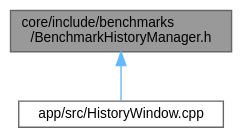
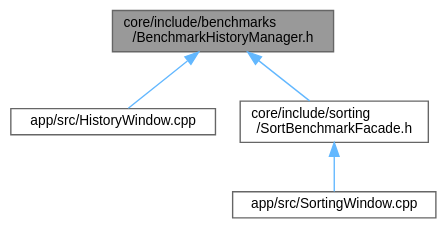
The diagram in BenchmarkHistoryManager_8h__dep__incl.dot (wwerniss/algorithms-benchmark), drawn with Graphviz before and after one commit. The commit also changed 296 other files, not shown here.

```diff
--- a/BenchmarkHistoryManager_8h__dep__incl.dot
+++ b/BenchmarkHistoryManager_8h__dep__incl.dot
@@ -1,10 +1,14 @@
 digraph "core/include/benchmarks/BenchmarkHistoryManager.h"
 {
  // LATEX_PDF_SIZE
   bgcolor="transparent";
   edge [fontname=Helvetica,fontsize=10,labelfontname=Helvetica,labelfontsize=10];
   node [fontname=Helvetica,fontsize=10,shape=box,height=0.2,width=0.4];
   Node1 [id="Node000001",label="core/include/benchmarks\l/BenchmarkHistoryManager.h",height=0.2,width=0.4,color="gray40", fillcolor="grey60", style="filled", fontcolor="black",tooltip=" "];
   Node1 -> Node2 [id="edge1_Node000001_Node000002",dir="back",color="steelblue1",style="solid",tooltip=" "];
   Node2 [id="Node000002",label="app/src/HistoryWindow.cpp",height=0.2,width=0.4,color="grey40", fillcolor="white", style="filled",URL="$HistoryWindow_8cpp.html",tooltip=" "];
+  Node1 -> Node3 [id="edge2_Node000001_Node000003",dir="back",color="steelblue1",style="solid",tooltip=" "];
+  Node3 [id="Node000003",label="core/include/sorting\l/SortBenchmarkFacade.h",height=0.2,width=0.4,color="grey40", fillcolor="white", style="filled",URL="$SortBenchmarkFacade_8h.html",tooltip=" "];
+  Node3 -> Node4 [id="edge3_Node000003_Node000004",dir="back",color="steelblue1",style="solid",tooltip=" "];
+  Node4 [id="Node000004",label="app/src/SortingWindow.cpp",height=0.2,width=0.4,color="grey40", fillcolor="white", style="filled",URL="$SortingWindow_8cpp.html",tooltip=" "];
 }
```
